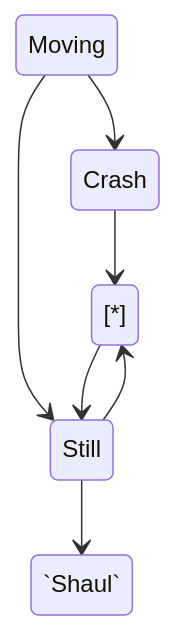
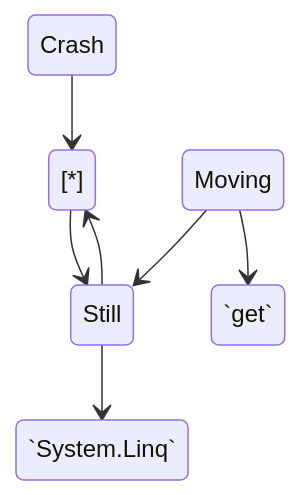
The first of 2 diagrams in .swm/marmaid-draft.gby47omg.sw.md (swimmio/csharp-shaul-test), drawn with Mermaid before and after one commit. The commit also changed other lines of this file, not shown here.

Commit message:
docs(swimm): update doc: "Marmaid draft"

````diff
--- a/.swm/marmaid-draft.gby47omg.sw.md
+++ b/.swm/marmaid-draft.gby47omg.sw.md
@@ -9,10 +9,10 @@
 ```mermaid
 stateDiagram-v2
 [\*] --> Still
 Still --> [\*]
-Still --> `Shaul`
+Still --> `System.Linq`
 Moving --> Still
-Moving --> Crash
+Moving --> `get`
 Crash --> [\*]
 
 ```
````
